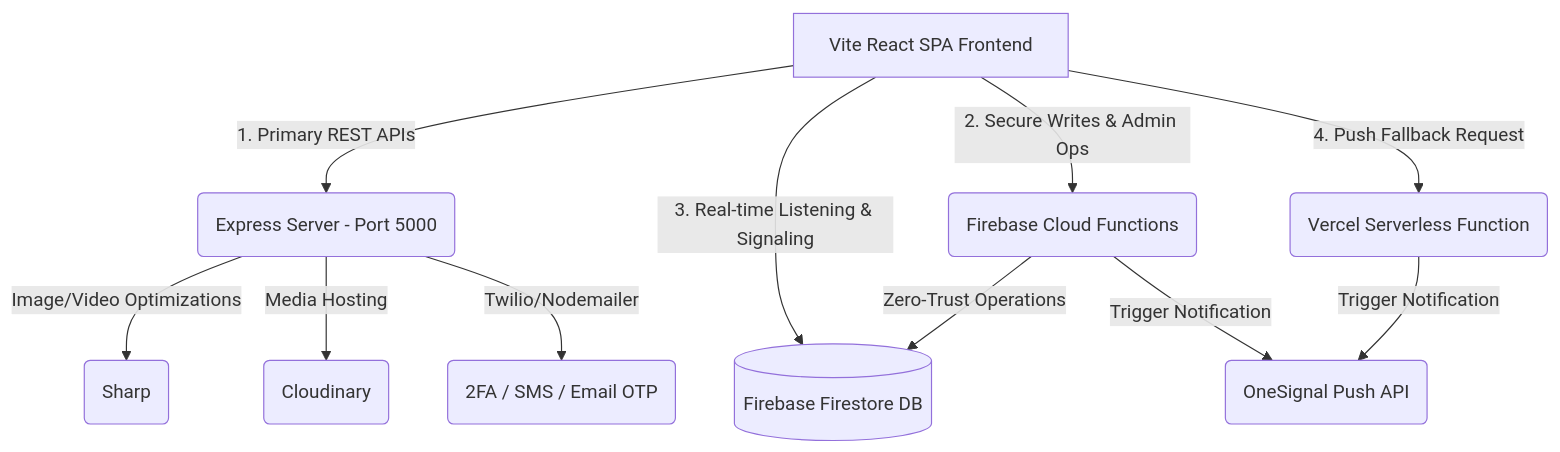
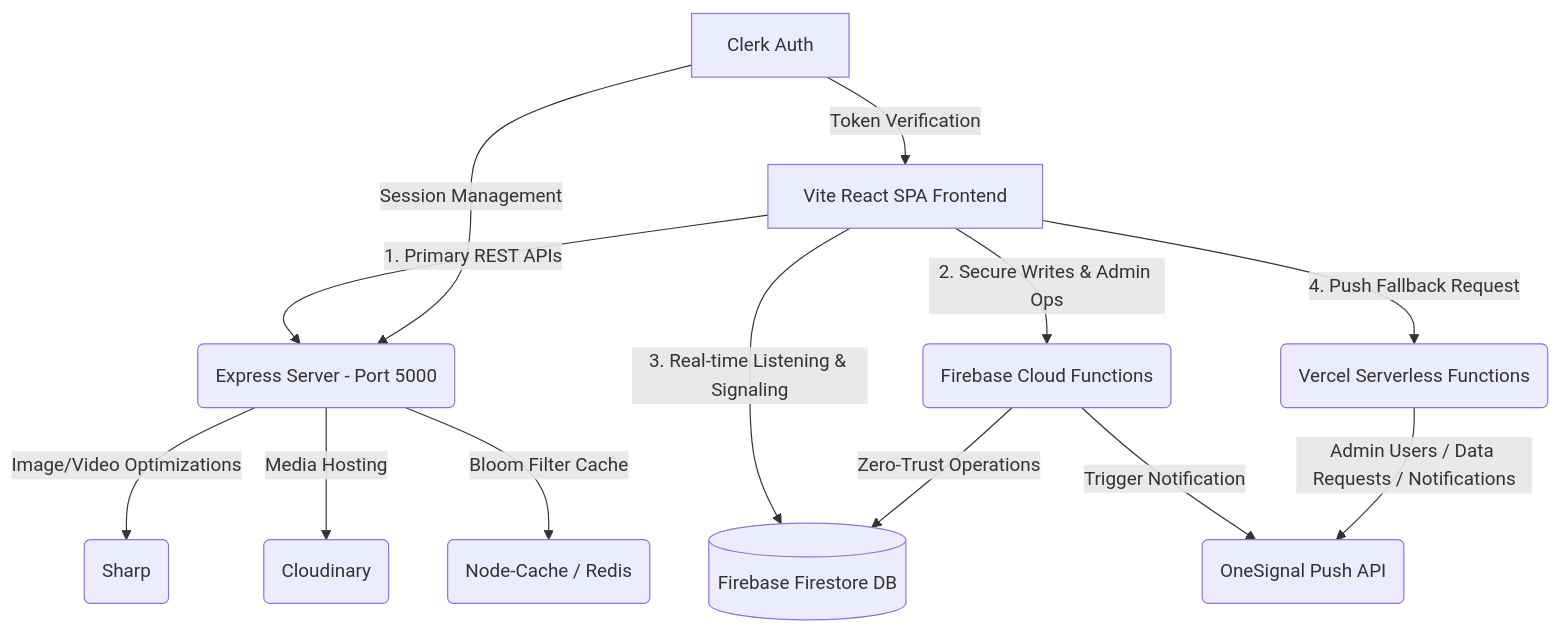
Before and after one commit to aniltimilsena/NC-NETWOTK: the first of 4 diagrams in NepalCasts/brain.md, drawn with Mermaid. The commit also changed other lines of this file and 44 other files, not shown here.

````diff
--- a/NepalCasts/brain.md
+++ b/NepalCasts/brain.md
@@ -26,16 +28,19 @@
 ```mermaid
 graph TD
     A[Vite React SPA Frontend] -->|1. Primary REST APIs| B(Express Server - Port 5000)
     A -->|2. Secure Writes & Admin Ops| C(Firebase Cloud Functions)
     A -->|3. Real-time Listening & Signaling| D[(Firebase Firestore DB)]
-    A -->|4. Push Fallback Request| E(Vercel Serverless Function)
+    A -->|4. Push Fallback Request| E(Vercel Serverless Functions)
     
     B -->|Image/Video Optimizations| F(Sharp)
     B -->|Media Hosting| G(Cloudinary)
-    B -->|Twilio/Nodemailer| H(2FA / SMS / Email OTP)
+    B -->|Bloom Filter Cache| J(Node-Cache / Redis)
     
     C -->|Zero-Trust Operations| D
     C -->|Trigger Notification| I(OneSignal Push API)
     
-    E -->|Trigger Notification| I
+    E -->|Admin Users / Data Requests / Notifications| I
+    
+    K[Clerk Auth] -->|Token Verification| A
+    K -->|Session Management| B
 ```
````
